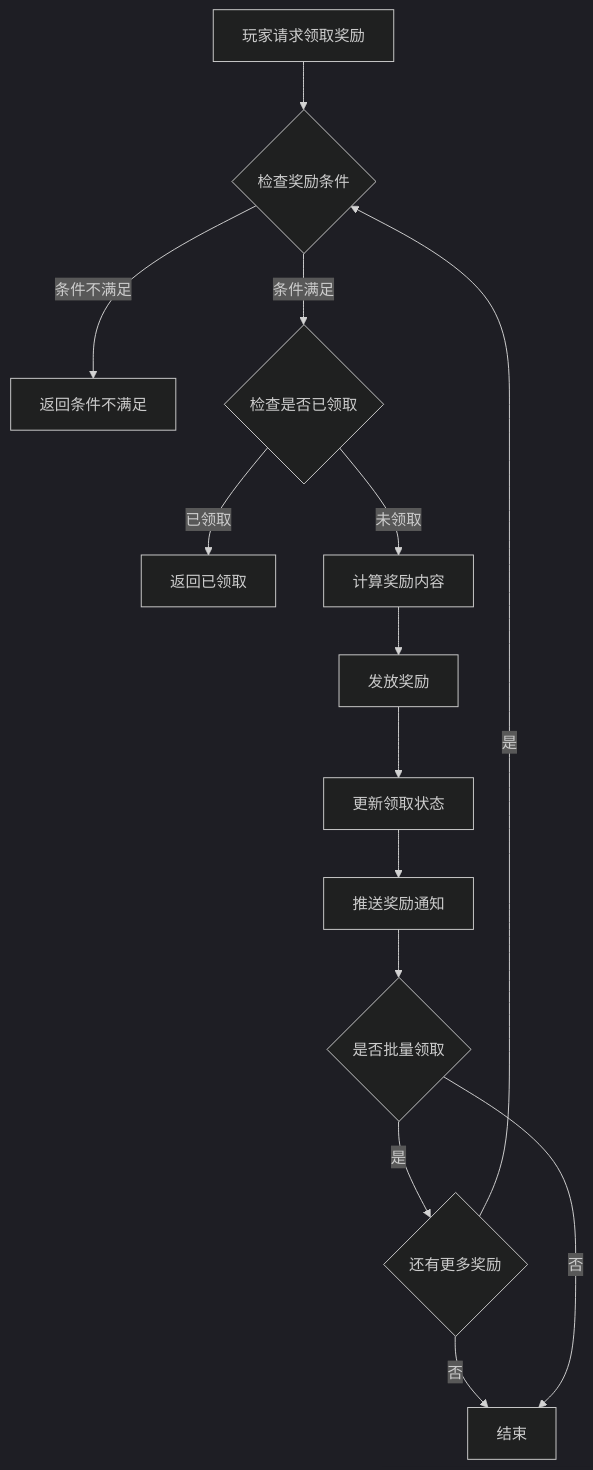
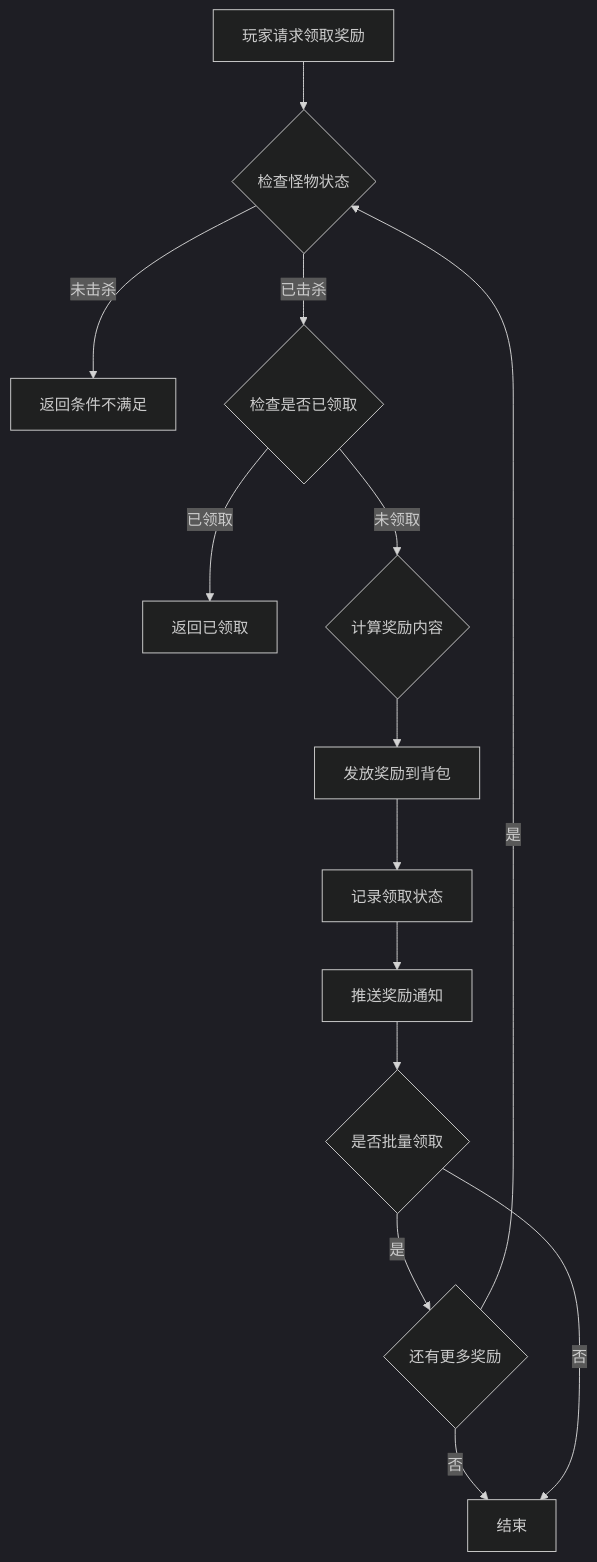
The fourth of 8 diagrams in docs/Module_GuildDungeon/05_完整说明.md (Alan-Ben/k2c_game_framework), drawn with Mermaid (dark theme) before and after one commit. The commit also changed other lines of this file and 1 other file, not shown here.

Commit message:
docs: 深度完善 GuildDungeon 模块文档（完整字段、流程图、代码示例）

````diff
--- a/docs/Module_GuildDungeon/05_完整说明.md
+++ b/docs/Module_GuildDungeon/05_完整说明.md
@@ -146,16 +205,16 @@
 ```mermaid
 flowchart TD
-    A[玩家请求领取奖励] --> B{检查奖励条件}
-    B -->|条件不满足| C[返回条件不满足]
-    B -->|条件满足| D{检查是否已领取}
+    A[玩家请求领取奖励] --> B{检查怪物状态}
+    B -->|未击杀| C[返回条件不满足]
+    B -->|已击杀| D{检查是否已领取}
     D -->|已领取| E[返回已领取]
-    D -->|未领取| F[计算奖励内容]
-    F --> G[发放奖励]
-    G --> H[更新领取状态]
+    D -->|未领取| F{计算奖励内容}
+    F --> G[发放奖励到背包]
+    G --> H[记录领取状态]
     H --> I[推送奖励通知]
     I --> J{是否批量领取}
     J -->|是| K{还有更多奖励}
     K -->|是| B
     K -->|否| L[结束]
     J -->|否| L
 ```
````
